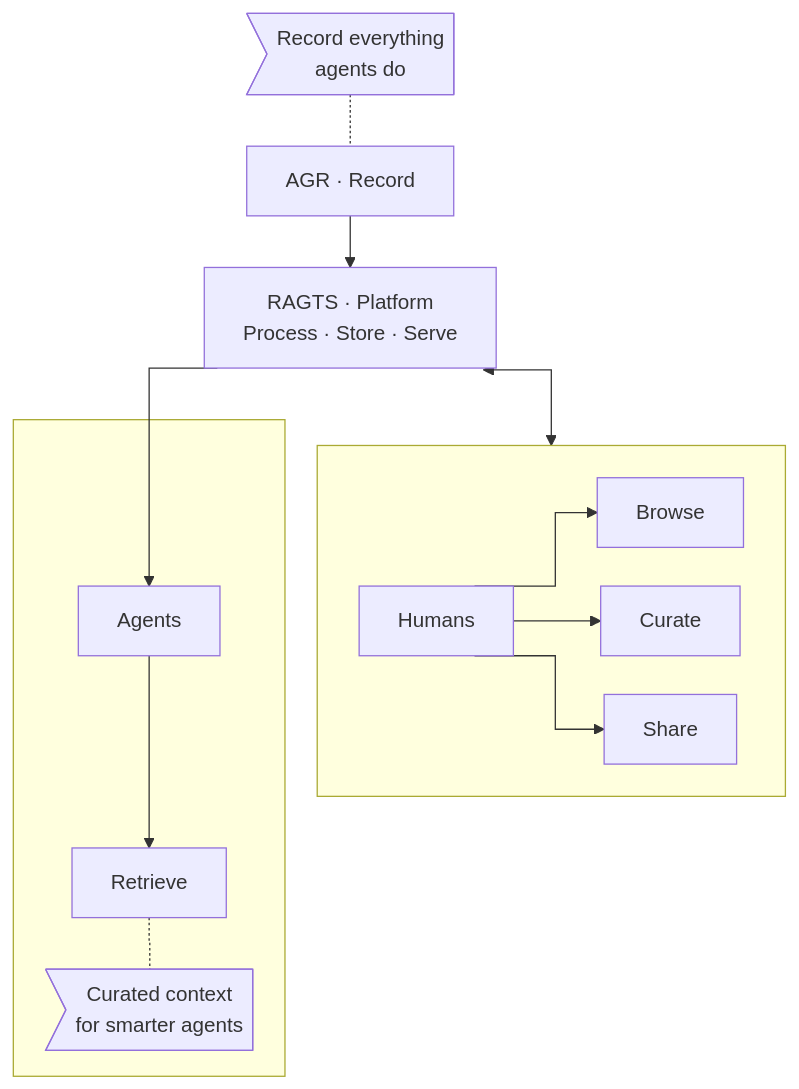
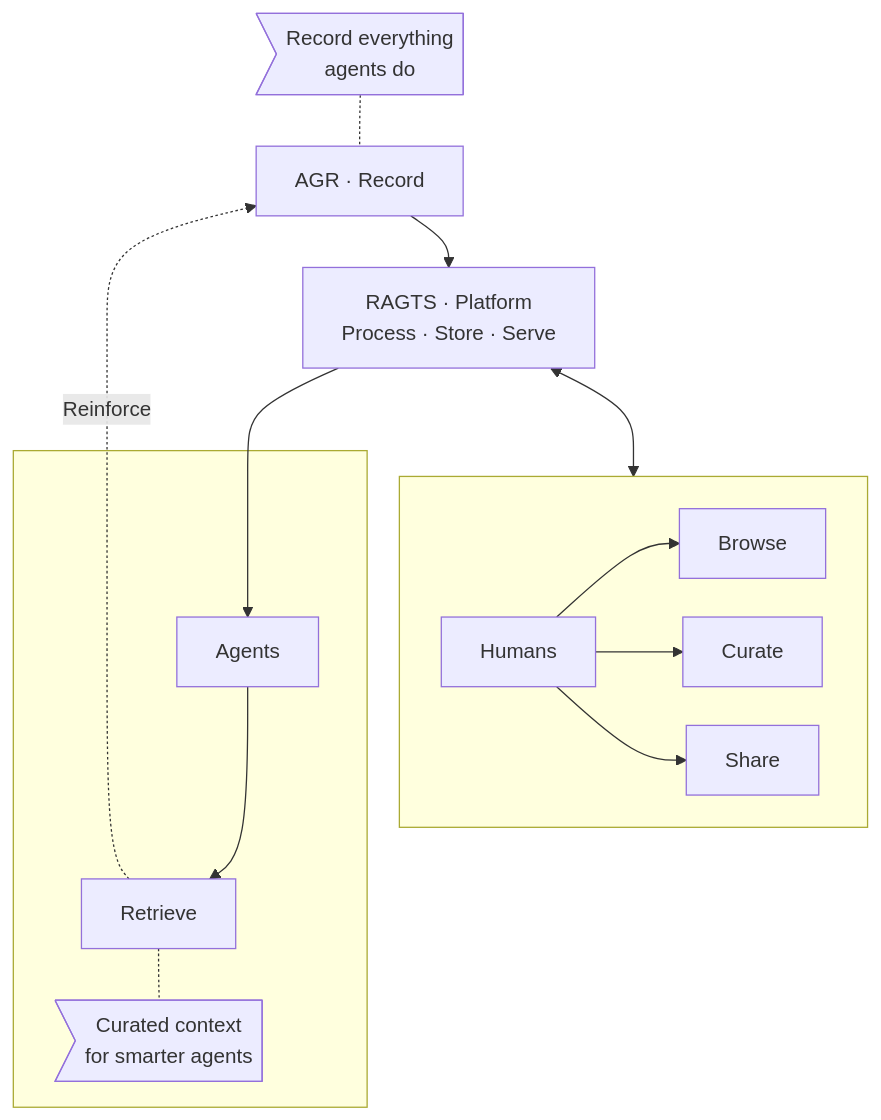
The diagram in README.md (thiscantbeserious/ragts-learning-platform), drawn with Mermaid before and after one commit.

Commit message:
update flow diagram: add service layer, reinforce loop, smooth curves

````diff
--- a/README.md
+++ b/README.md
@@ -28,21 +28,23 @@
 ```mermaid
-%%{ init: { 'flowchart': { 'curve': 'stepAfter', 'nodeSpacing': 30, 'rankSpacing': 40 } } }%%
+%%{ init: { 'flowchart': { 'curve': 'basis', 'nodeSpacing': 30, 'rankSpacing': 40 } } }%%
 graph TD
     AD>Record everything<br/>agents do] -.- A
     A[AGR · Record] --> R[RAGTS · Platform<br/>Process · Store · Serve]
 
     R <--> H[Humans]
     R --> AG[Agents]
 
     subgraph " "
         direction LR
         H --> Browse
         H --> Curate
         H --> Share
     end
 
     subgraph "  "
         AG --> Retrieve
         Retrieve -.- RD>Curated context<br/>for smarter agents]
     end
+
+    Retrieve -.->|Reinforce| A
 ```
````
